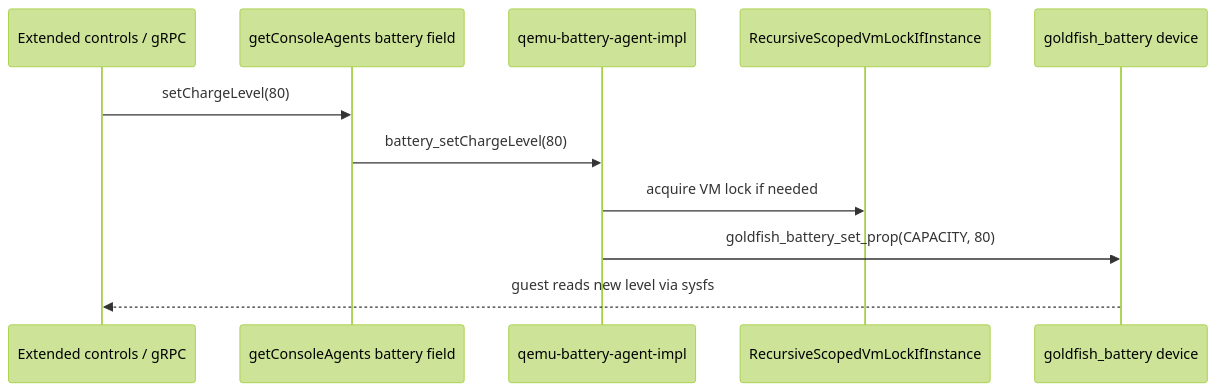
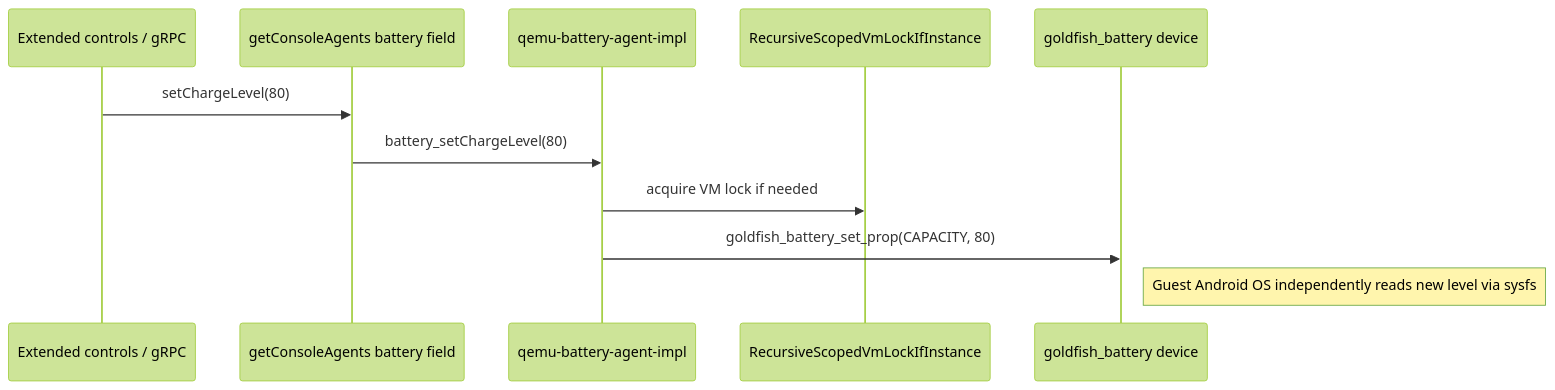
The fourth of 6 diagrams in 07-android-emu-architecture.md (aospbooks/android-emulator-internal-book), drawn with Mermaid (forest theme) before and after one commit. The commit also changed other lines of this file and 31 other files, not shown here.

````diff
--- a/07-android-emu-architecture.md
+++ b/07-android-emu-architecture.md
@@ -265,14 +265,14 @@
 ```mermaid
 sequenceDiagram
     participant UI as Extended controls / gRPC
     participant Core as getConsoleAgents battery field
     participant Impl as qemu-battery-agent-impl
     participant Lock as RecursiveScopedVmLockIfInstance
     participant HW as goldfish_battery device
 
     UI->>Core: setChargeLevel(80)
     Core->>Impl: battery_setChargeLevel(80)
     Impl->>Lock: acquire VM lock if needed
     Impl->>HW: goldfish_battery_set_prop(CAPACITY, 80)
-    HW-->>UI: guest reads new level via sysfs
+    Note right of HW: Guest Android OS independently reads new level via sysfs
 ```
````
